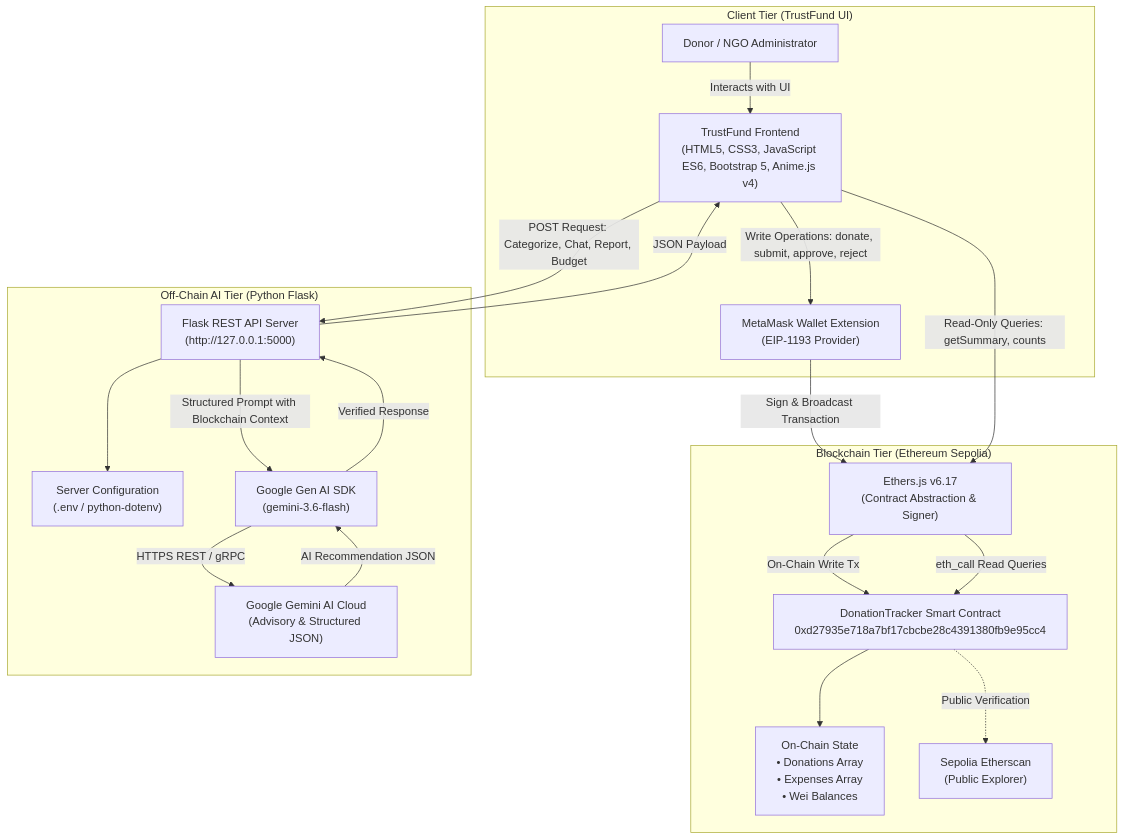
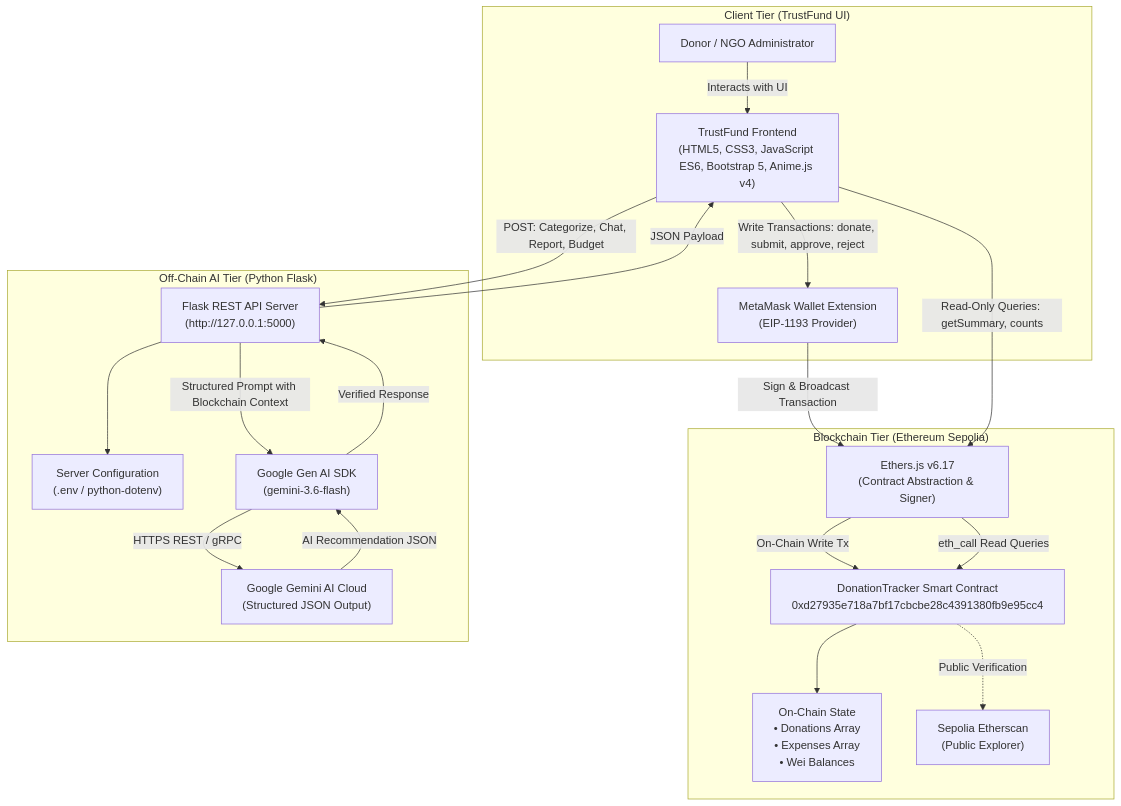
One commit to Priyanshu-Ku/TrustFund changed the diagram in README.md. Above: the diagram before and after it, drawn with Mermaid. The commit also changed other lines of this file, not shown here.

````diff
--- a/README.md
+++ b/README.md
@@ -148,41 +210,41 @@
 ```mermaid
 flowchart TD
     subgraph Client["Client Tier (TrustFund UI)"]
         User["Donor / NGO Administrator"]
         Browser["TrustFund Frontend<br/>(HTML5, CSS3, JavaScript ES6, Bootstrap 5, Anime.js v4)"]
         MetaMask["MetaMask Wallet Extension<br/>(EIP-1193 Provider)"]
     end
 
     subgraph BlockchainTier["Blockchain Tier (Ethereum Sepolia)"]
         EthersJS["Ethers.js v6.17<br/>(Contract Abstraction & Signer)"]
         Contract["DonationTracker Smart Contract<br/>0xd27935e718a7bf17cbcbe28c4391380fb9e95cc4"]
         Ledger["On-Chain State<br/>• Donations Array<br/>• Expenses Array<br/>• Wei Balances"]
         Etherscan["Sepolia Etherscan<br/>(Public Explorer)"]
     end
 
     subgraph BackendTier["Off-Chain AI Tier (Python Flask)"]
         Flask["Flask REST API Server<br/>(http://127.0.0.1:5000)"]
         EnvConfig["Server Configuration<br/>(.env / python-dotenv)"]
         GeminiClient["Google Gen AI SDK<br/>(gemini-3.6-flash)"]
-        GeminiCloud["Google Gemini AI Cloud<br/>(Advisory & Structured JSON)"]
+        GeminiCloud["Google Gemini AI Cloud<br/>(Structured JSON Output)"]
     end
 
     User -->|Interacts with UI| Browser
-    Browser -->|Write Operations: donate, submit, approve, reject| MetaMask
+    Browser -->|Write Transactions: donate, submit, approve, reject| MetaMask
     MetaMask -->|Sign & Broadcast Transaction| EthersJS
     EthersJS -->|On-Chain Write Tx| Contract
     Contract --> Ledger
 
     Browser -->|Read-Only Queries: getSummary, counts| EthersJS
     EthersJS -->|eth_call Read Queries| Contract
 
-    Browser -->|POST Request: Categorize, Chat, Report, Budget| Flask
+    Browser -->|POST: Categorize, Chat, Report, Budget| Flask
     Flask --> EnvConfig
     Flask -->|Structured Prompt with Blockchain Context| GeminiClient
     GeminiClient -->|HTTPS REST / gRPC| GeminiCloud
     GeminiCloud -->|AI Recommendation JSON| GeminiClient
     GeminiClient -->|Verified Response| Flask
     Flask -->|JSON Payload| Browser
 
     Contract -.->|Public Verification| Etherscan
 ```
````
